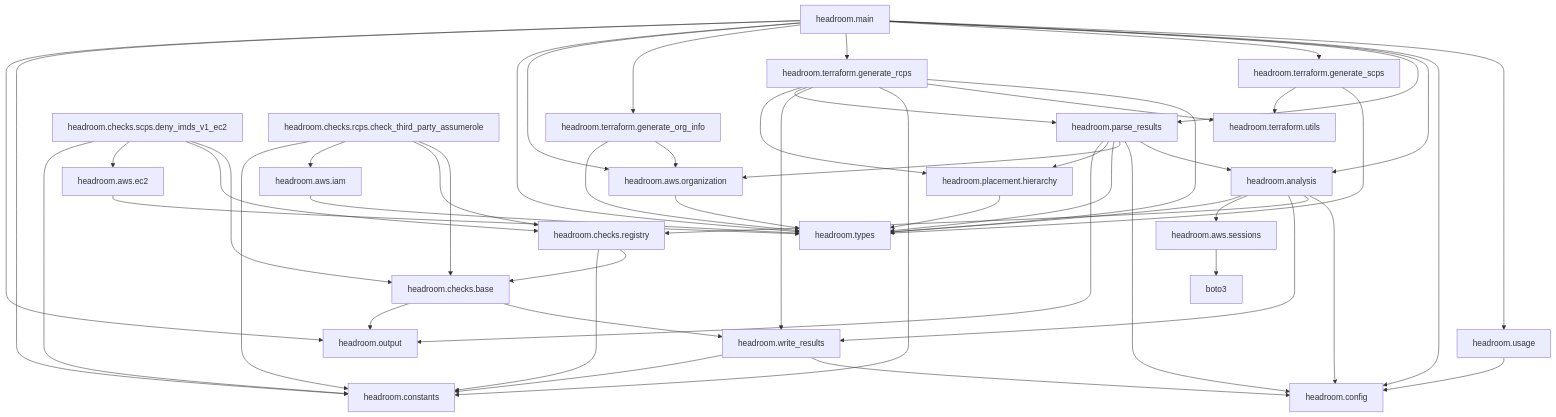
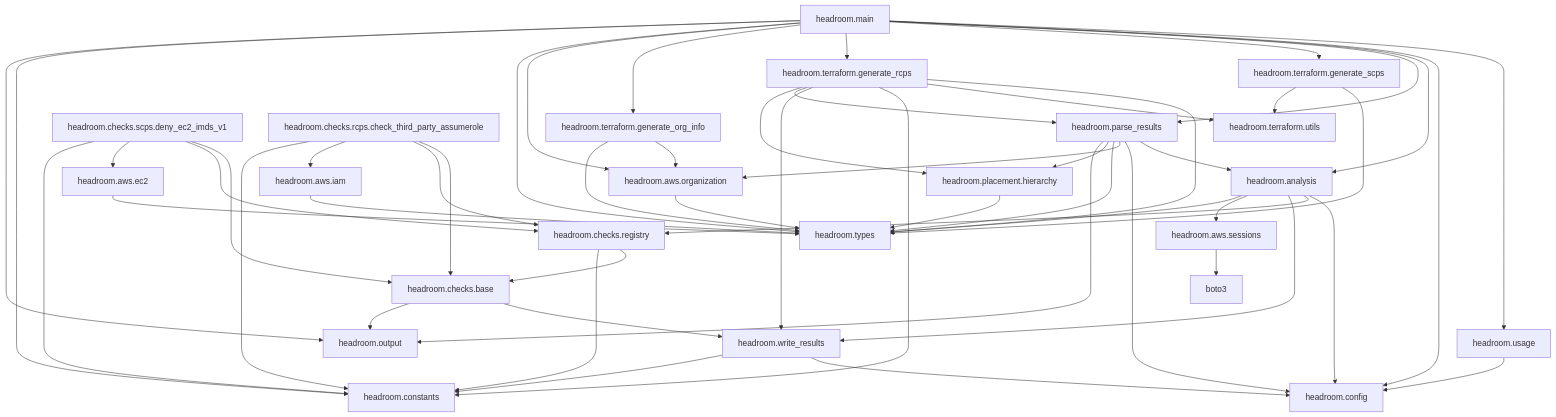
Before and after one commit to discocrayon/Headroom: the diagram in documentation/mermaid_diagrams/module_dependency.md, drawn with Mermaid. The commit also changed 33 other files, not shown here.

First line of the commit message:
Rename deny_imds_v1_ec2 to deny_ec2_imds_v1 and update documentation like @HOW_TO_ADD_A_CHECK.md  to enforce `deny_{AWS_service}_{specific_check}` naming convention.

````diff
--- a/documentation/mermaid_diagrams/module_dependency.md
+++ b/documentation/mermaid_diagrams/module_dependency.md
@@ -3,68 +3,68 @@
 ```mermaid
 graph TD
   headroom.main --> headroom.usage
   headroom.main --> headroom.config
   headroom.main --> headroom.analysis
   headroom.main --> headroom.parse_results
   headroom.main --> headroom.terraform.generate_scps
   headroom.main --> headroom.terraform.generate_rcps
   headroom.main --> headroom.terraform.generate_org_info
   headroom.main --> headroom.aws.organization
   headroom.main --> headroom.types
   headroom.main --> headroom.constants
   headroom.main --> headroom.output
 
   headroom.analysis --> headroom.config
   headroom.analysis --> headroom.checks.registry
   headroom.analysis --> headroom.write_results
   headroom.analysis --> headroom.aws.sessions
   headroom.analysis --> headroom.types
 
   headroom.checks.registry --> headroom.checks.base
   headroom.checks.registry --> headroom.constants
 
   headroom.checks.base --> headroom.write_results
   headroom.checks.base --> headroom.output
 
-  headroom.checks.scps.deny_imds_v1_ec2 --> headroom.checks.base
-  headroom.checks.scps.deny_imds_v1_ec2 --> headroom.checks.registry
-  headroom.checks.scps.deny_imds_v1_ec2 --> headroom.aws.ec2
-  headroom.checks.scps.deny_imds_v1_ec2 --> headroom.constants
+  headroom.checks.scps.deny_ec2_imds_v1 --> headroom.checks.base
+  headroom.checks.scps.deny_ec2_imds_v1 --> headroom.checks.registry
+  headroom.checks.scps.deny_ec2_imds_v1 --> headroom.aws.ec2
+  headroom.checks.scps.deny_ec2_imds_v1 --> headroom.constants
 
   headroom.checks.rcps.check_third_party_assumerole --> headroom.checks.base
   headroom.checks.rcps.check_third_party_assumerole --> headroom.checks.registry
   headroom.checks.rcps.check_third_party_assumerole --> headroom.aws.iam
   headroom.checks.rcps.check_third_party_assumerole --> headroom.constants
 
   headroom.parse_results --> headroom.analysis
   headroom.parse_results --> headroom.config
   headroom.parse_results --> headroom.aws.organization
   headroom.parse_results --> headroom.types
   headroom.parse_results --> headroom.placement.hierarchy
   headroom.parse_results --> headroom.output
 
   headroom.placement.hierarchy --> headroom.types
 
   headroom.terraform.generate_scps --> headroom.types
   headroom.terraform.generate_scps --> headroom.terraform.utils
 
   headroom.terraform.generate_rcps --> headroom.types
   headroom.terraform.generate_rcps --> headroom.terraform.utils
   headroom.terraform.generate_rcps --> headroom.constants
   headroom.terraform.generate_rcps --> headroom.write_results
   headroom.terraform.generate_rcps --> headroom.parse_results
   headroom.terraform.generate_rcps --> headroom.placement.hierarchy
 
   headroom.terraform.generate_org_info --> headroom.aws.organization
   headroom.terraform.generate_org_info --> headroom.types
 
   headroom.aws.organization --> headroom.types
   headroom.aws.ec2 --> headroom.types
   headroom.aws.iam --> headroom.types
   headroom.aws.sessions --> boto3
 
   headroom.usage --> headroom.config
 
   headroom.write_results --> headroom.config
   headroom.write_results --> headroom.constants
 ```
````
